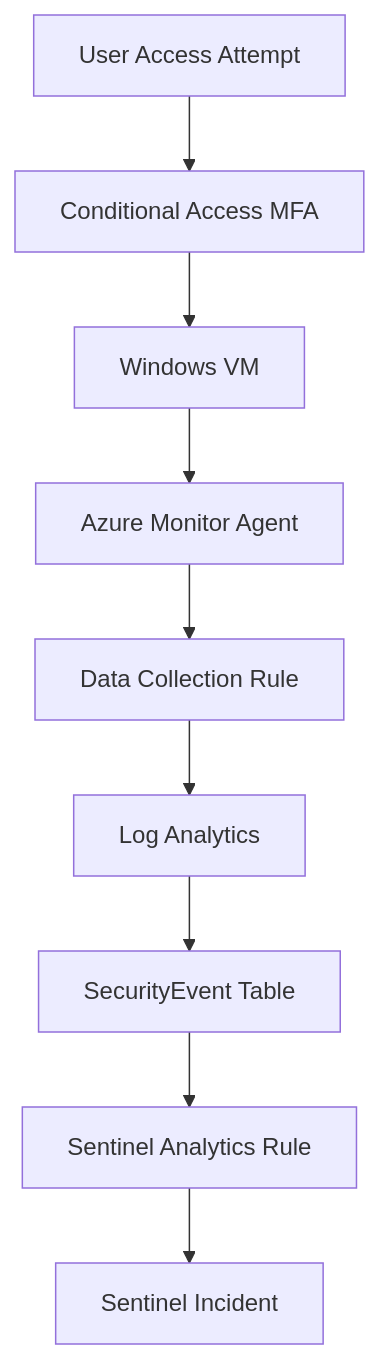
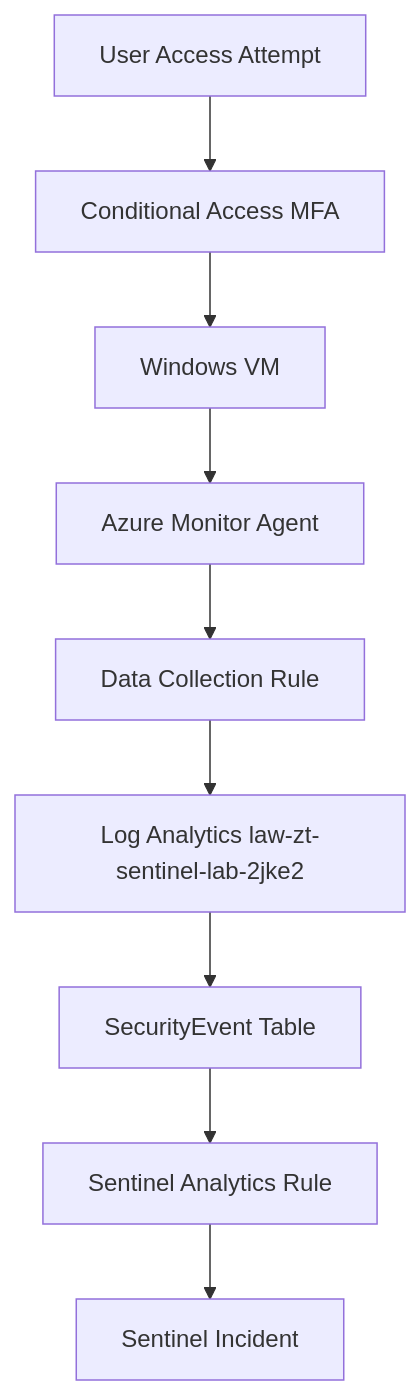
One commit to Lia-Bing0/azure-defender-sentinel-detection-lab changed the diagram in docs/architecture.md. Above: the diagram before and after it, drawn with Mermaid. The commit also changed 1 other file, not shown here.

Commit message:
docs: update documentation and fix minor issues

````diff
--- a/docs/architecture.md
+++ b/docs/architecture.md
@@ -25,11 +25,11 @@
 ```mermaid
 flowchart TD
     U[User Access Attempt] --> CA[Conditional Access MFA]
     CA --> VM[Windows VM <LiaBing0>]
     VM --> AMA[Azure Monitor Agent]
     AMA --> DCR[Data Collection Rule]
-    DCR --> LAW[Log Analytics <WORKSPACE_NAME>]
+    DCR --> LAW[Log Analytics law-zt-sentinel-lab-2jke2]
     LAW --> SE[SecurityEvent Table]
     SE --> AR[Sentinel Analytics Rule]
     AR --> INC[Sentinel Incident]
 ```
````
